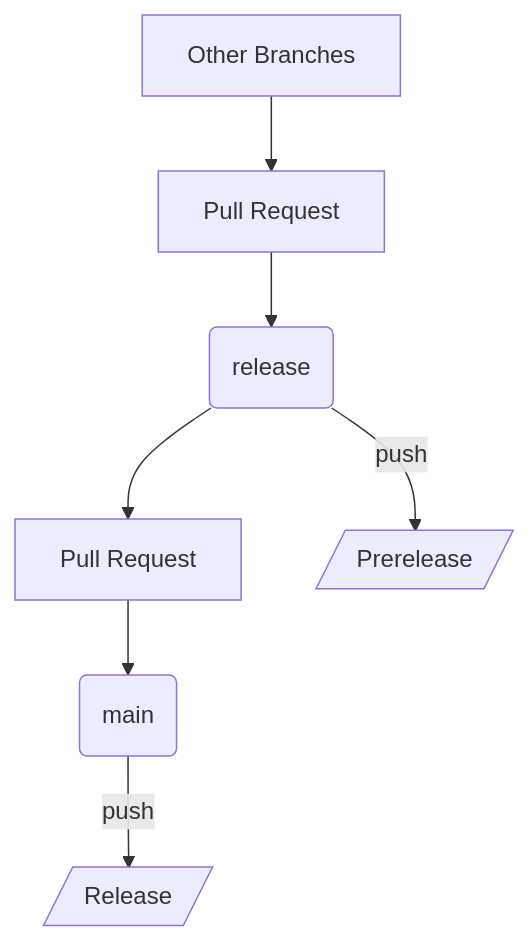
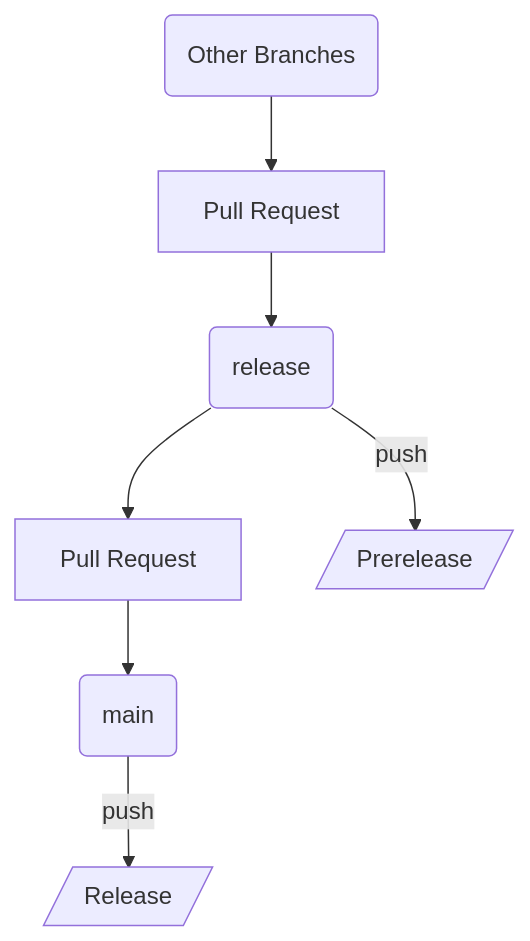
One commit to SiegeSailor/Smarty-Notebook changed the diagram in .github/CONTRIBUTING.md. Above: the diagram before and after it, drawn with Mermaid. The commit also changed other lines of this file, not shown here.

````diff
--- a/.github/CONTRIBUTING.md
+++ b/.github/CONTRIBUTING.md
@@ -19,10 +27,10 @@
 ```mermaid
 flowchart TB
-    OB[Other Branches] --> PR1[Pull Request]
+    OB(Other Branches) --> PR1[Pull Request]
     PR1 --> R(release)
     R --> PR2[Pull Request]
     PR2 --> M(main)
 
     R -->|push| Prerelease[/Prerelease/]
     M -->|push| Release[/Release/]
 ```
````
